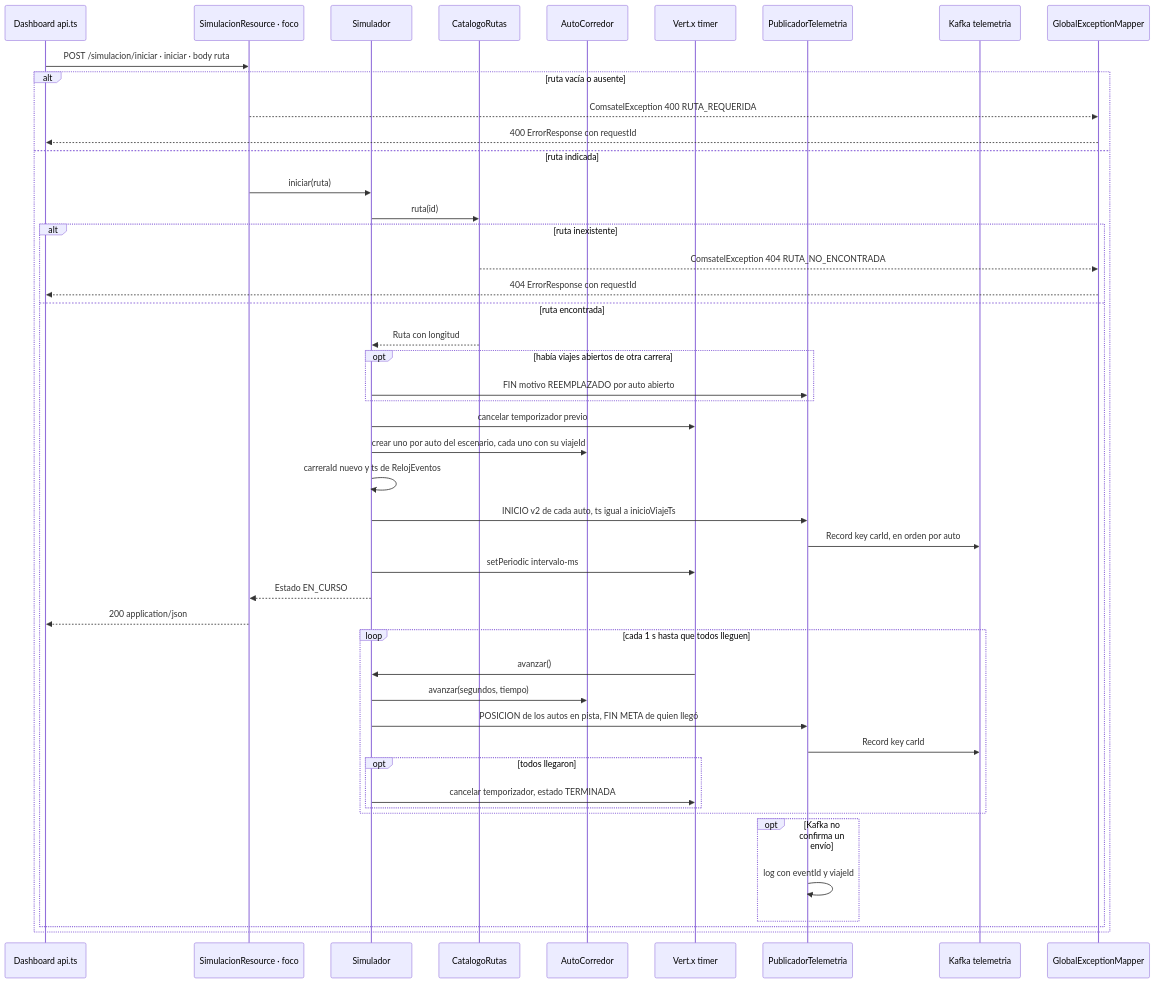
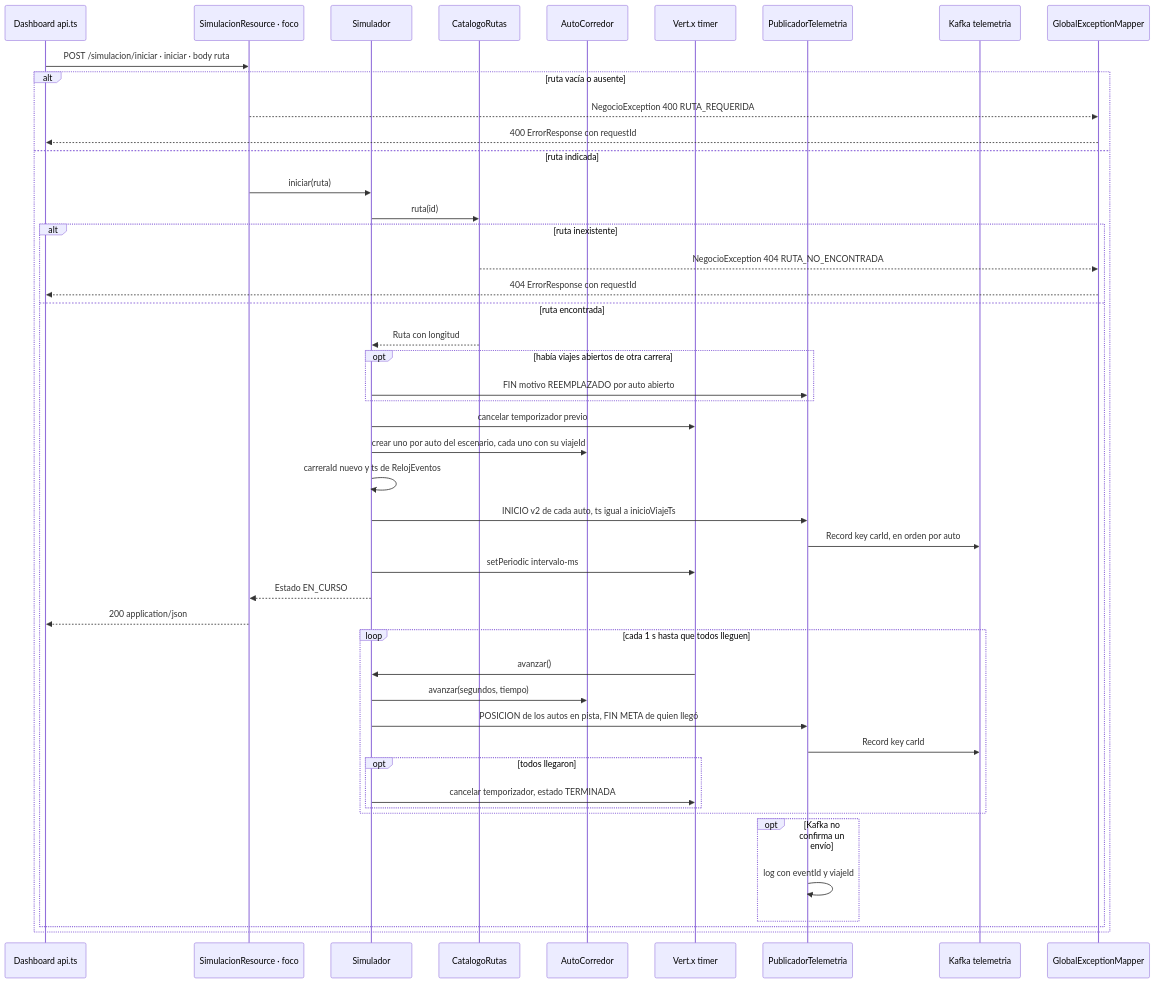
The diagram in docs/c4/diagrams/sequences/post-simulacion-iniciar.mmd (devbryan02/telemetry-flink-quarkus), drawn with Mermaid before and after one commit. The commit also changed 27 other files, not shown here.

```diff
--- a/docs/c4/diagrams/sequences/post-simulacion-iniciar.mmd
+++ b/docs/c4/diagrams/sequences/post-simulacion-iniciar.mmd
@@ -1,48 +1,48 @@
 %%{init: {'themeCSS': 'rect.actor{stroke:#616161;stroke-width:2px;} rect.actor[name="R"]{stroke:#B71C1C !important;stroke-width:4px !important;}'}}%%
 sequenceDiagram
   participant C as Dashboard api.ts
   participant R as SimulacionResource · foco
   participant S as Simulador
   participant CAT as CatalogoRutas
   participant A as AutoCorredor
   participant V as Vert.x timer
   participant P as PublicadorTelemetria
   participant K as Kafka telemetria
   participant E as GlobalExceptionMapper
   C->>R: POST /simulacion/iniciar · iniciar · body ruta
   alt ruta vacía o ausente
-    R-->>E: ComsatelException 400 RUTA_REQUERIDA
+    R-->>E: NegocioException 400 RUTA_REQUERIDA
     E-->>C: 400 ErrorResponse con requestId
   else ruta indicada
     R->>S: iniciar(ruta)
     S->>CAT: ruta(id)
     alt ruta inexistente
-      CAT-->>E: ComsatelException 404 RUTA_NO_ENCONTRADA
+      CAT-->>E: NegocioException 404 RUTA_NO_ENCONTRADA
       E-->>C: 404 ErrorResponse con requestId
     else ruta encontrada
       CAT-->>S: Ruta con longitud
       opt había viajes abiertos de otra carrera
         S->>P: FIN motivo REEMPLAZADO por auto abierto
       end
       S->>V: cancelar temporizador previo
       S->>A: crear uno por auto del escenario, cada uno con su viajeId
       S->>S: carreraId nuevo y ts de RelojEventos
       S->>P: INICIO v2 de cada auto, ts igual a inicioViajeTs
       P->>K: Record key carId, en orden por auto
       S->>V: setPeriodic intervalo-ms
       S-->>R: Estado EN_CURSO
       R-->>C: 200 application/json
       loop cada 1 s hasta que todos lleguen
         V->>S: avanzar()
         S->>A: avanzar(segundos, tiempo)
         S->>P: POSICION de los autos en pista, FIN META de quien llegó
         P->>K: Record key carId
         opt todos llegaron
           S->>V: cancelar temporizador, estado TERMINADA
         end
       end
       opt Kafka no confirma un envío
         P->>P: log con eventId y viajeId
       end
     end
   end
```
